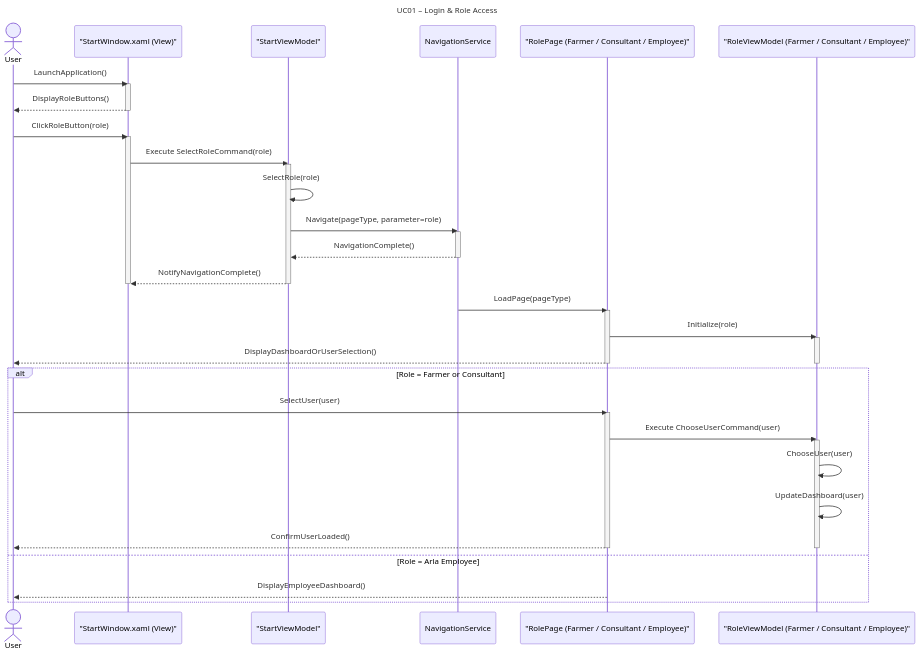
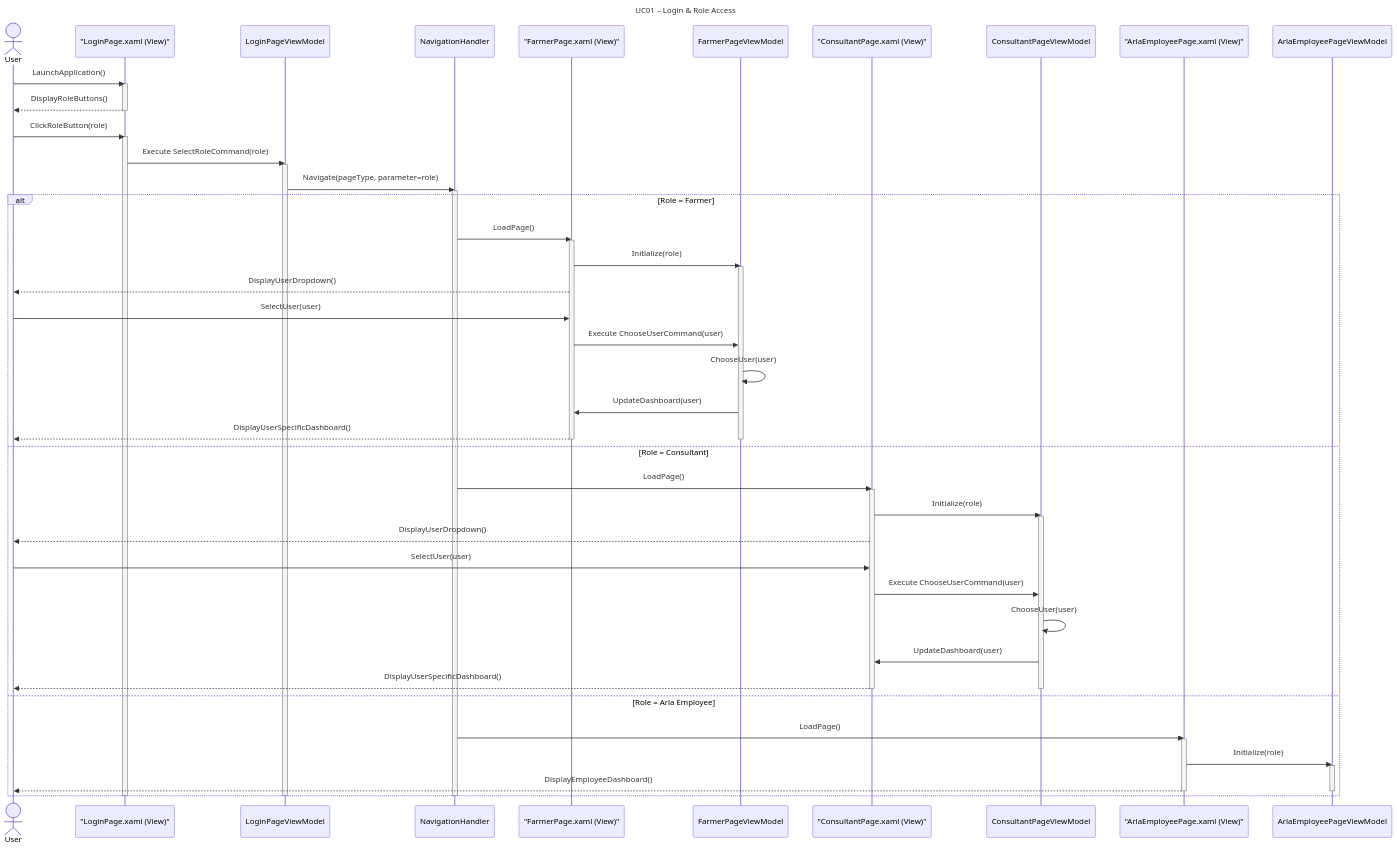
One commit to DMOoF25-TEAM11/ArlaNatureConnect changed the diagram in docs/UseCase001-LoginAndRoleaccess/UC001-SD.mmd. Above: the diagram before and after it, drawn with Mermaid. The commit also changed other lines of this file, not shown here.

Commit message:
Update of SD - with all views and viewmodels.

```diff
--- a/docs/UseCase001-LoginAndRoleaccess/UC001-SD.mmd
+++ b/docs/UseCase001-LoginAndRoleaccess/UC001-SD.mmd
@@ -1,53 +1,67 @@
 sequenceDiagram
     title UC01 – Login & Role Access
-
     actor User
-    participant StartWindow as "StartWindow.xaml (View)"
-    participant StartViewModel as "StartViewModel"
-    participant NavigationService
-    participant TargetPage as "RolePage (Farmer / Consultant / Employee)"
-    participant TargetViewModel as "RoleViewModel (Farmer / Consultant / Employee)"
+    participant LoginPage as "LoginPage.xaml (View)"
+    participant LoginPageViewModel
+    participant NavigationHandler
+    participant FarmerPage as "FarmerPage.xaml (View)"
+    participant FarmerPageViewModel
+    participant ConsultantPage as "ConsultantPage.xaml (View)"
+    participant ConsultantPageViewModel
+    participant ArlaEmployeePage as "ArlaEmployeePage.xaml (View)"
+    participant ArlaEmployeePageViewModel
 
     %% Step 1: Launch
-    User ->> StartWindow: LaunchApplication()
-    activate StartWindow
-    StartWindow -->> User: DisplayRoleButtons()
-    deactivate StartWindow
+    User ->> LoginPage: LaunchApplication()
+    activate LoginPage
+    LoginPage -->> User: DisplayRoleButtons()
+    deactivate LoginPage
 
-    %% Step 2: Select Role
-    User ->> StartWindow: ClickRoleButton(role)
-    activate StartWindow
-    StartWindow ->> StartViewModel: Execute SelectRoleCommand(role)
-    activate StartViewModel
-    StartViewModel ->> StartViewModel: SelectRole(role)
-    StartViewModel ->> NavigationService: Navigate(pageType, parameter=role)
-    activate NavigationService
-    NavigationService -->> StartViewModel: NavigationComplete()
-    deactivate NavigationService
-    StartViewModel -->> StartWindow: NotifyNavigationComplete()
-    deactivate StartViewModel
-    deactivate StartWindow
+    %% Step 2: Role selection
+    User ->> LoginPage: ClickRoleButton(role)
+    activate LoginPage
+    LoginPage ->> LoginPageViewModel: Execute SelectRoleCommand(role)
+    activate LoginPageViewModel
+    LoginPageViewModel ->> NavigationHandler: Navigate(pageType, parameter=role)
+    activate NavigationHandler
 
-    %% Step 3: Navigation
-    NavigationService ->> TargetPage: LoadPage(pageType)
-    activate TargetPage
-    TargetPage ->> TargetViewModel: Initialize(role)
-    activate TargetViewModel
-    TargetPage -->> User: DisplayDashboardOrUserSelection()
-    deactivate TargetViewModel
-    deactivate TargetPage
+    %% Step 3: Navigation based on role
+    alt Role = Farmer
+        NavigationHandler ->> FarmerPage: LoadPage()
+        activate FarmerPage
+        FarmerPage ->> FarmerPageViewModel: Initialize(role)
+        activate FarmerPageViewModel
+        FarmerPage -->> User: DisplayUserDropdown()
+        User ->> FarmerPage: SelectUser(user)
+        FarmerPage ->> FarmerPageViewModel: Execute ChooseUserCommand(user)
+        FarmerPageViewModel ->> FarmerPageViewModel: ChooseUser(user)
+        FarmerPageViewModel ->> FarmerPage: UpdateDashboard(user)
+        FarmerPage -->> User: DisplayUserSpecificDashboard()
+        deactivate FarmerPageViewModel
+        deactivate FarmerPage
+    else Role = Consultant
+        NavigationHandler ->> ConsultantPage: LoadPage()
+        activate ConsultantPage
+        ConsultantPage ->> ConsultantPageViewModel: Initialize(role)
+        activate ConsultantPageViewModel
+        ConsultantPage -->> User: DisplayUserDropdown()
+        User ->> ConsultantPage: SelectUser(user)
+        ConsultantPage ->> ConsultantPageViewModel: Execute ChooseUserCommand(user)
+        ConsultantPageViewModel ->> ConsultantPageViewModel: ChooseUser(user)
+        ConsultantPageViewModel ->> ConsultantPage: UpdateDashboard(user)
+        ConsultantPage -->> User: DisplayUserSpecificDashboard()
+        deactivate ConsultantPageViewModel
+        deactivate ConsultantPage
+    else Role = Arla Employee
+        NavigationHandler ->> ArlaEmployeePage: LoadPage()
+        activate ArlaEmployeePage
+        ArlaEmployeePage ->> ArlaEmployeePageViewModel: Initialize(role)
+        activate ArlaEmployeePageViewModel
+        ArlaEmployeePage -->> User: DisplayEmployeeDashboard()
+        deactivate ArlaEmployeePageViewModel
+        deactivate ArlaEmployeePage
+    end
 
-    %% Step 4: Optional user selection
-    alt Role = Farmer or Consultant
-        User ->> TargetPage: SelectUser(user)
-        activate TargetPage
-        TargetPage ->> TargetViewModel: Execute ChooseUserCommand(user)
-        activate TargetViewModel
-        TargetViewModel ->> TargetViewModel: ChooseUser(user)
-        TargetViewModel ->> TargetViewModel: UpdateDashboard(user)
-        TargetPage -->> User: ConfirmUserLoaded()
-        deactivate TargetViewModel
-        deactivate TargetPage
-    else Role = Arla Employee
-        TargetPage -->> User: DisplayEmployeeDashboard()
-    end
+    deactivate NavigationHandler
+    deactivate LoginPageViewModel
+    deactivate LoginPage
```
